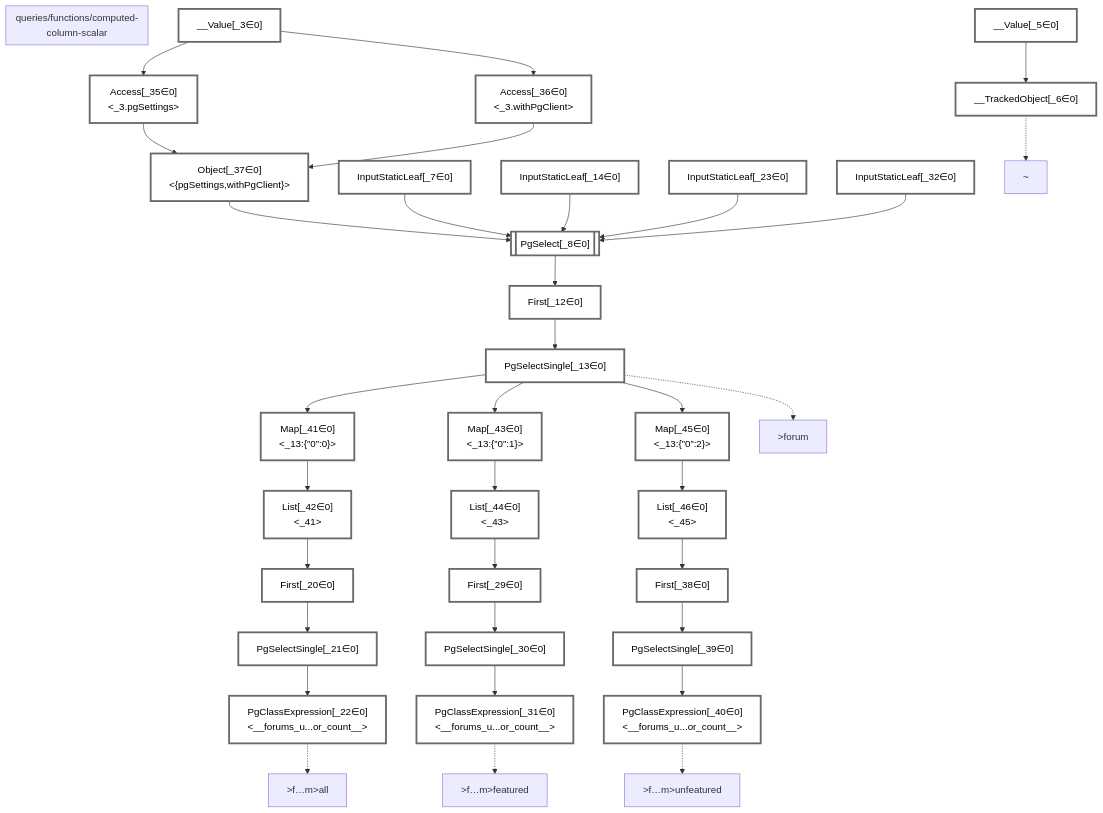
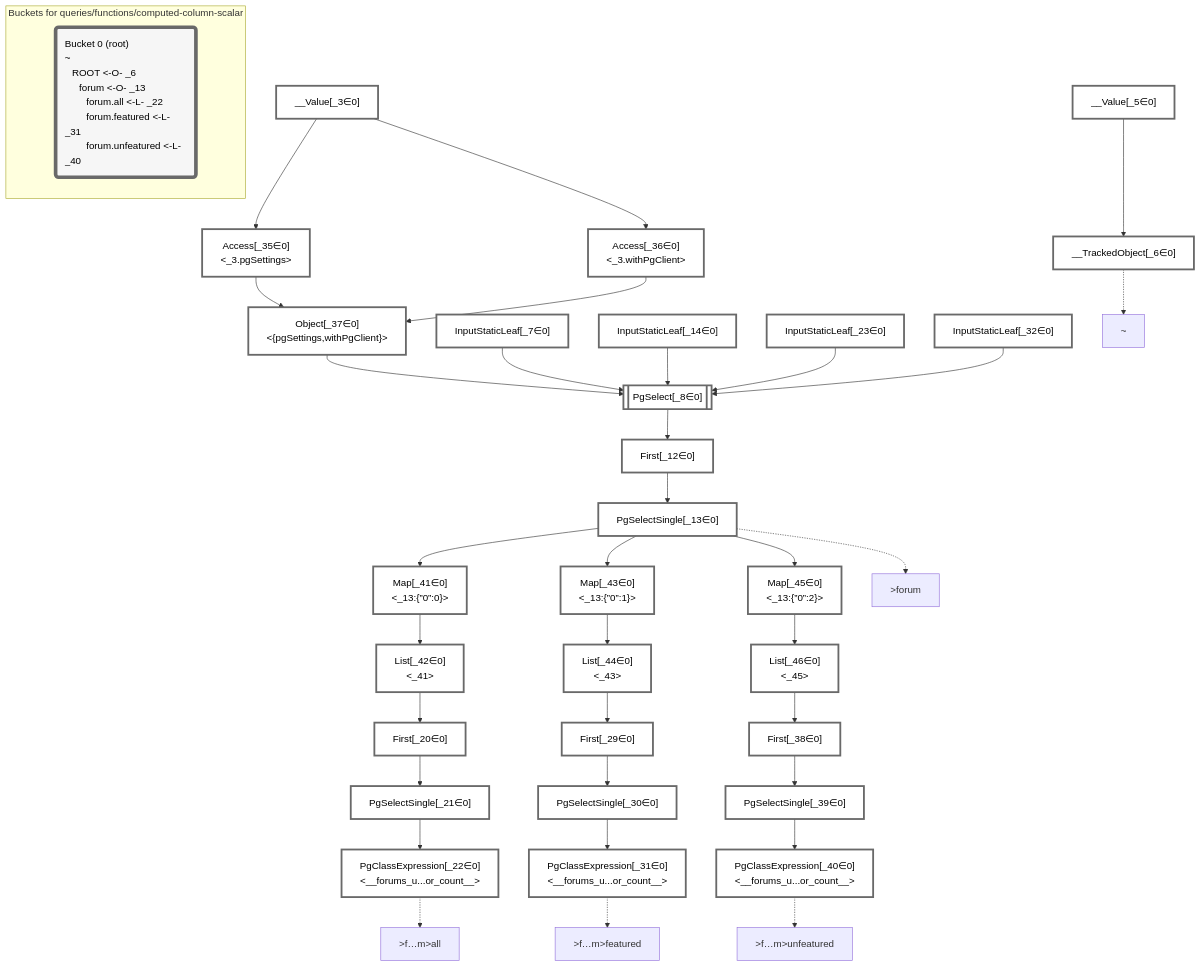
Before and after one commit to graphile/crystal: the diagram in packages/dataplan-pg/__tests__/queries/functions/computed-column-scalar.mermaid.md, drawn with Mermaid. The commit also changed 37 other files, not shown here.

Commit message:
Buckets for all tests

````diff
--- a/packages/dataplan-pg/__tests__/queries/functions/computed-column-scalar.mermaid.md
+++ b/packages/dataplan-pg/__tests__/queries/functions/computed-column-scalar.mermaid.md
@@ -1,7 +1,5 @@
 ```mermaid
 graph TD
-    subgraph "queries/functions/computed-column-scalar"
-    end
     classDef path fill:#eee,stroke:#000,color:#000
     classDef plan fill:#fff,stroke-width:3px,color:#000
     classDef itemplan fill:#fff,stroke-width:6px,color:#000
@@ -83,4 +81,9 @@
     %% allocate buckets
     classDef bucket0 stroke:#696969
     class __Value_3,__Value_5,__TrackedObject_6,InputStaticLeaf_7,PgSelect_8,First_12,PgSelectSingle_13,InputStaticLeaf_14,First_20,PgSelectSingle_21,PgClassExpression_22,InputStaticLeaf_23,First_29,PgSelectSingle_30,PgClassExpression_31,InputStaticLeaf_32,Access_35,Access_36,Object_37,First_38,PgSelectSingle_39,PgClassExpression_40,Map_41,List_42,Map_43,List_44,Map_45,List_46 bucket0
+
+    subgraph "Buckets for queries/functions/computed-column-scalar"
+    Bucket0("Bucket 0 (root)<br />~<br />⠀ROOT <-O- _6<br />⠀⠀forum <-O- _13<br />⠀⠀⠀forum.all <-L- _22<br />⠀⠀⠀forum.featured <-L- _31<br />⠀⠀⠀forum.unfeatured <-L- _40"):::bucket
+    style Bucket0 stroke:#696969
+    end
 ```
````
